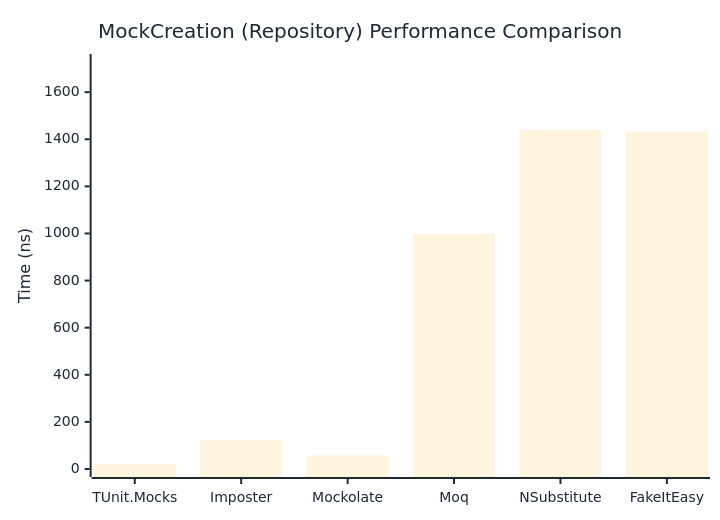
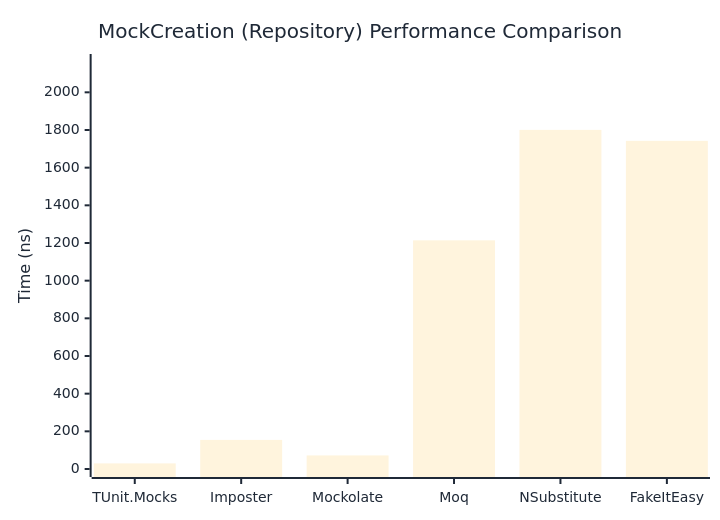
The second of 2 diagrams in docs/docs/benchmarks/mocks/MockCreation.md (thomhurst/TUnit), drawn with Mermaid before and after one commit. The commit also changed other lines of this file and 14 other files, not shown here.

````diff
--- a/docs/docs/benchmarks/mocks/MockCreation.md
+++ b/docs/docs/benchmarks/mocks/MockCreation.md
@@ -69,27 +69,27 @@
 ```mermaid
 %%{init: {
   'theme':'base',
   'themeVariables': {
     'primaryColor': '#2563eb',
     'primaryTextColor': '#1f2937',
     'primaryBorderColor': '#1e40af',
     'lineColor': '#6b7280',
     'secondaryColor': '#7c3aed',
     'tertiaryColor': '#dc2626',
     'background': '#ffffff',
     'pie1': '#2563eb',
     'pie2': '#7c3aed',
     'pie3': '#dc2626',
     'pie4': '#f59e0b',
     'pie5': '#10b981',
     'pie6': '#06b6d4',
     'pie7': '#ec4899',
     'pie8': '#6366f1'
   }
 }}%%
 xychart-beta
   title "MockCreation (Repository) Performance Comparison"
   x-axis ["TUnit.Mocks", "Imposter", "Mockolate", "Moq", "NSubstitute", "FakeItEasy"]
-  y-axis "Time (ns)" 0 --> 1728
-  bar [21.45, 124.82, 57.36, 997.39, 1439.93, 1432.83]
+  y-axis "Time (ns)" 0 --> 2161
+  bar [29.74, 154.47, 72.07, 1214.08, 1800.6, 1742.39]
 ```
````
